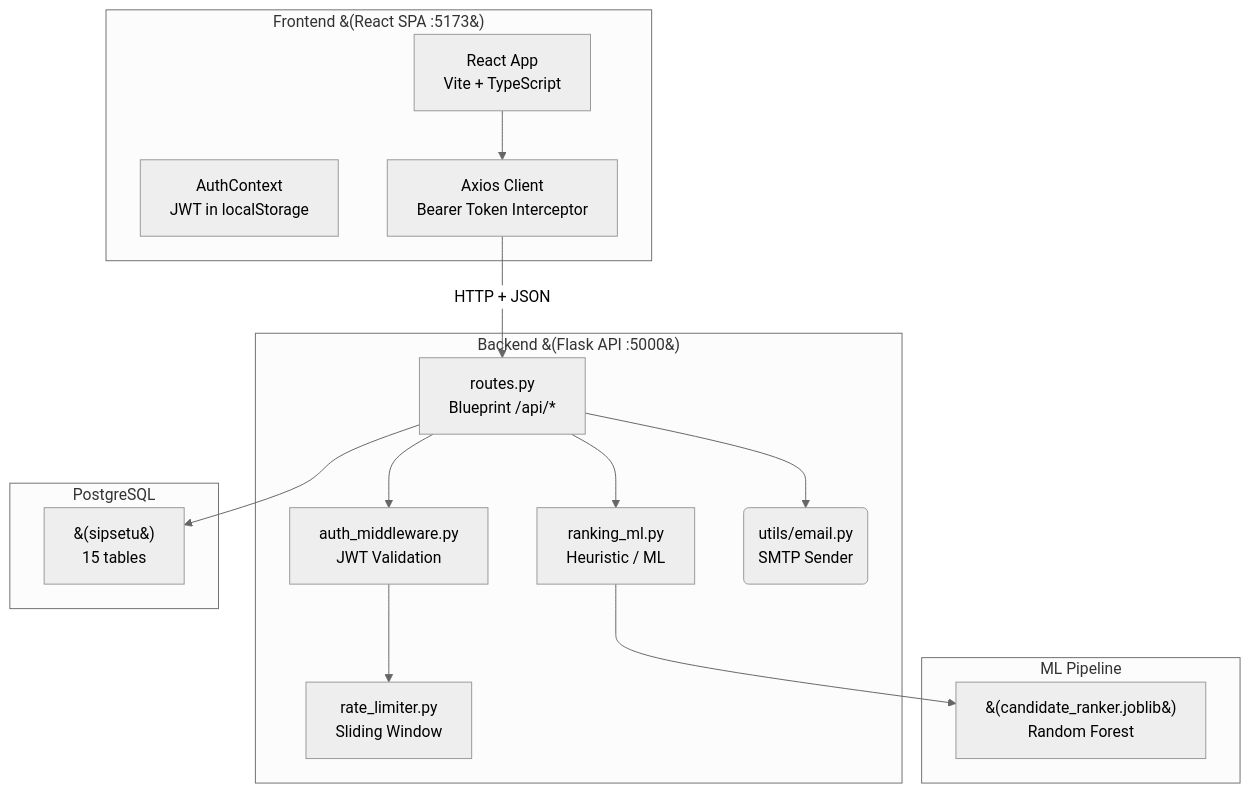
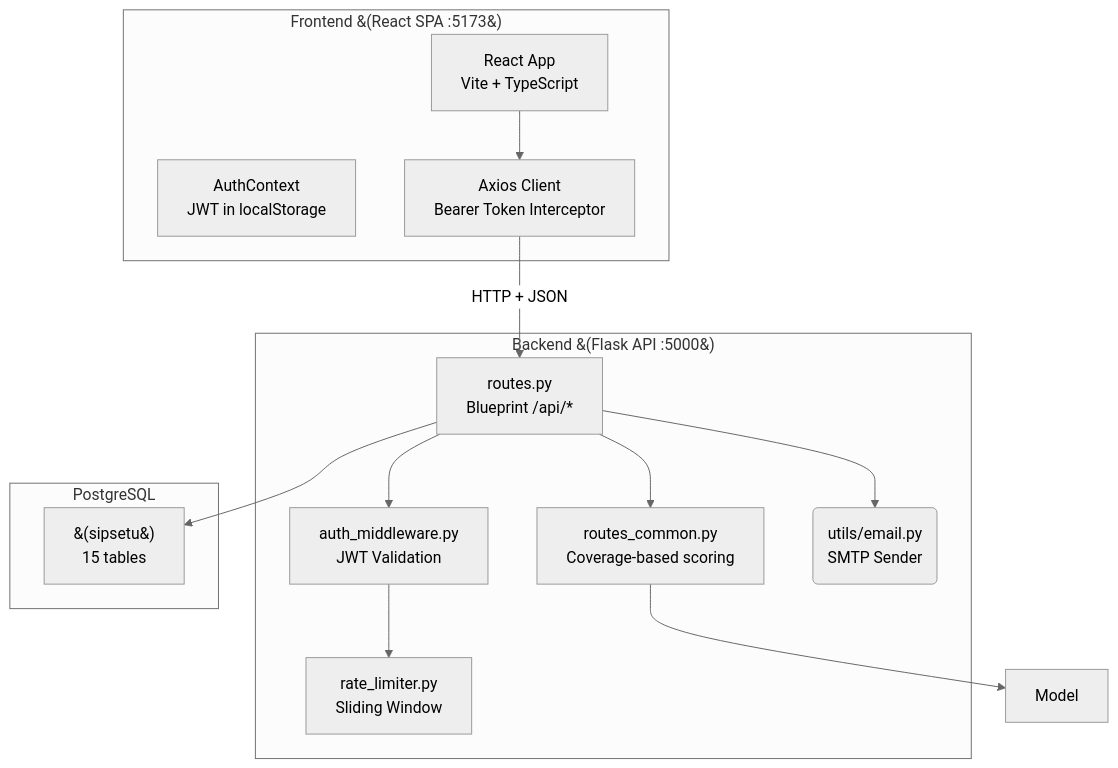
Before and after one commit to Ankit-49/SipSetu: the first of 4 diagrams in README.md, drawn with Mermaid (neutral theme). The commit also changed other lines of this file and 4 other files, not shown here.

First line of the commit message:
chore: remove retired ML ranking model and test scripts

````diff
--- a/README.md
+++ b/README.md
@@ -41,33 +40,29 @@
 ```mermaid
 graph TB
     subgraph Frontend["Frontend &#40;React SPA :5173&#41;"]
         React["React App<br/>Vite + TypeScript"]
         AuthCtx["AuthContext<br/>JWT in localStorage"]
         Axios["Axios Client<br/>Bearer Token Interceptor"]
     end
 
     subgraph Backend["Backend &#40;Flask API :5000&#41;"]
         Routes["routes.py<br/>Blueprint /api/*"]
         Auth["auth_middleware.py<br/>JWT Validation"]
         RateLimit["rate_limiter.py<br/>Sliding Window"]
-        Scoring["ranking_ml.py<br/>Heuristic / ML"]
+        Scoring["routes_common.py<br/>Coverage-based scoring"]
         Email("utils/email.py<br/>SMTP Sender")
     end
 
     subgraph Database["PostgreSQL"]
         DB["&#40;sipsetu&#41;<br/>15 tables"]
-    end
-
-    subgraph ML["ML Pipeline"]
-        Model["&#40;candidate_ranker.joblib&#41;<br/>Random Forest"]
     end
 
     React --> Axios
     Axios -->|"HTTP + JSON"| Routes
     Routes --> Auth
     Auth --> RateLimit
     Routes --> Scoring
     Routes --> Email
     Routes --> DB
     Scoring --> Model
 ```
````
